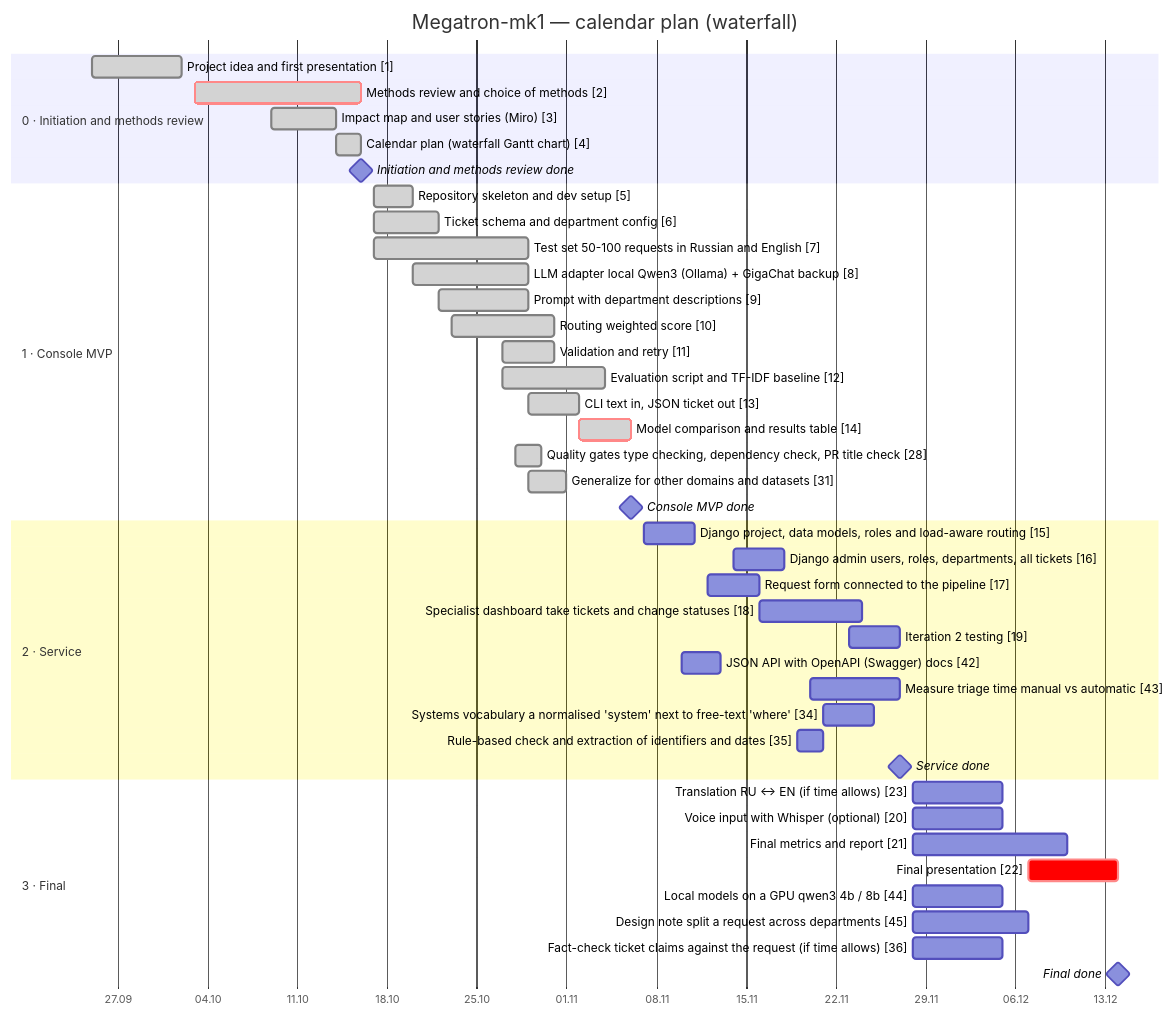
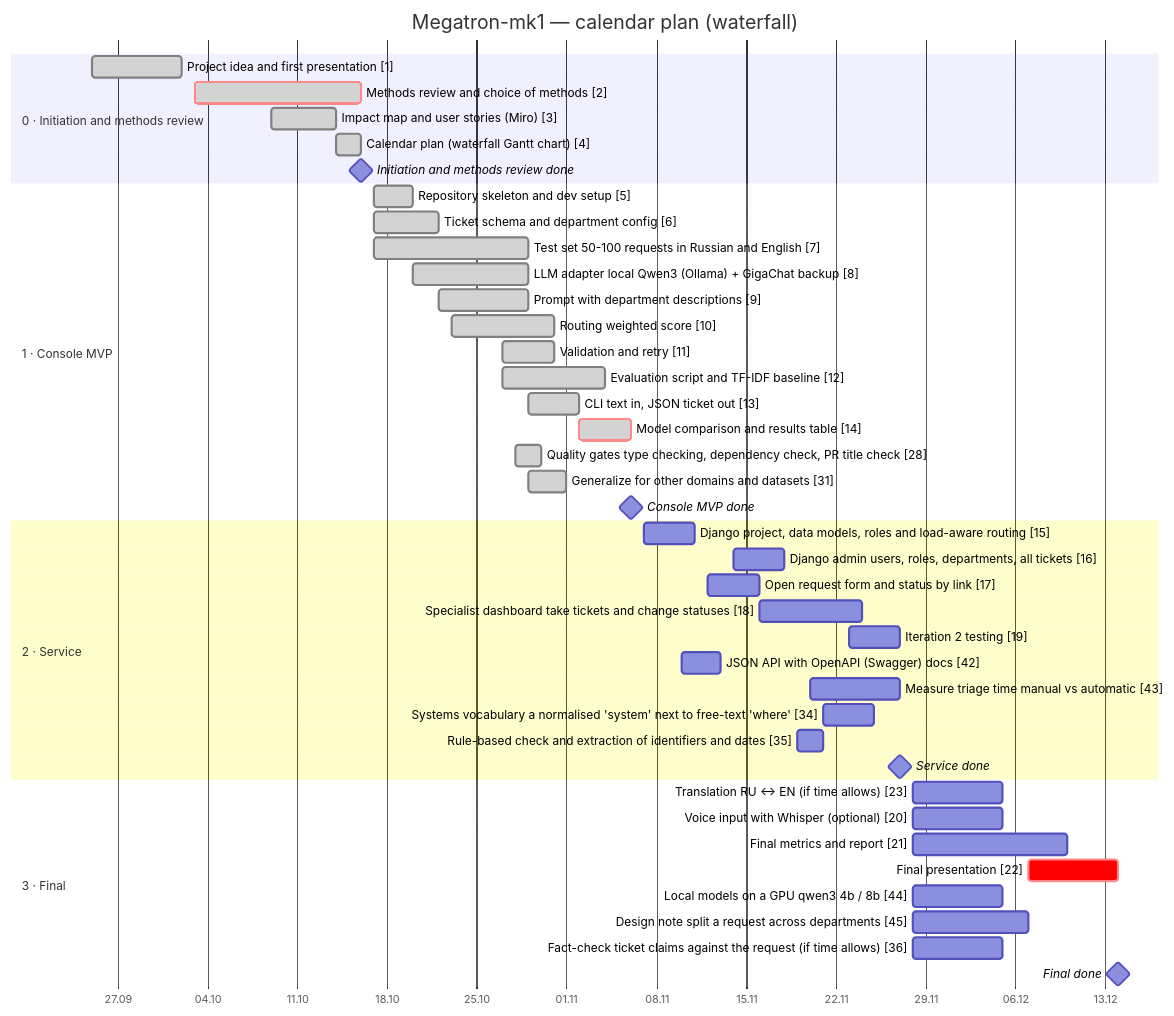
Before and after one commit to Leenday/support_megatron_mk1: the diagram in README.md, drawn with Mermaid. The commit also changed other lines of this file, not shown here.

````diff
--- a/README.md
+++ b/README.md
@@ -90,47 +90,47 @@
 ```mermaid
 gantt
     title Megatron-mk1 — calendar plan (waterfall)
     dateFormat YYYY-MM-DD
     axisFormat %d.%m
     todayMarker on
     section 0 · Initiation and methods review
     Project idea and first presentation [1] :done, t1, 2026-09-25, 2026-10-02
     Methods review and choice of methods [2] :done, crit, t2, 2026-10-03, 2026-10-16
     Impact map and user stories (Miro) [3] :done, t3, 2026-10-09, 2026-10-14
     Calendar plan (waterfall Gantt chart) [4] :done, t4, 2026-10-14, 2026-10-16
     Initiation and methods review done :milestone, m0, 2026-10-16, 0d
     section 1 · Console MVP
     Repository skeleton and dev setup [5] :done, t5, 2026-10-17, 2026-10-20
     Ticket schema and department config [6] :done, t6, 2026-10-17, 2026-10-22
     Test set 50-100 requests in Russian and English [7] :done, t7, 2026-10-17, 2026-10-29
     LLM adapter local Qwen3 (Ollama) + GigaChat backup [8] :done, t8, 2026-10-20, 2026-10-29
     Prompt with department descriptions [9] :done, t9, 2026-10-22, 2026-10-29
     Routing weighted score [10] :done, t10, 2026-10-23, 2026-10-31
     Validation and retry [11] :done, t11, 2026-10-27, 2026-10-31
     Evaluation script and TF-IDF baseline [12] :done, t12, 2026-10-27, 2026-11-04
     CLI text in, JSON ticket out [13] :done, t13, 2026-10-29, 2026-11-02
     Model comparison and results table [14] :done, crit, t14, 2026-11-02, 2026-11-06
     Quality gates type checking, dependency check, PR title check [28] :done, t28, 2026-10-28, 2026-10-30
     Generalize for other domains and datasets [31] :done, t31, 2026-10-29, 2026-11-01
     Console MVP done :milestone, m1, 2026-11-06, 0d
     section 2 · Service
     Django project, data models, roles and load-aware routing [15] :t15, 2026-11-07, 2026-11-11
     Django admin users, roles, departments, all tickets [16] :t16, 2026-11-14, 2026-11-18
-    Request form connected to the pipeline [17] :t17, 2026-11-12, 2026-11-16
+    Open request form and status by link [17] :t17, 2026-11-12, 2026-11-16
     Specialist dashboard take tickets and change statuses [18] :t18, 2026-11-16, 2026-11-24
     Iteration 2 testing [19] :t19, 2026-11-23, 2026-11-27
     JSON API with OpenAPI (Swagger) docs [42] :t42, 2026-11-10, 2026-11-13
     Measure triage time manual vs automatic [43] :t43, 2026-11-20, 2026-11-27
     Systems vocabulary a normalised 'system' next to free-text 'where' [34] :t34, 2026-11-21, 2026-11-25
     Rule-based check and extraction of identifiers and dates [35] :t35, 2026-11-19, 2026-11-21
     Service done :milestone, m2, 2026-11-27, 0d
     section 3 · Final
     Translation RU ↔ EN (if time allows) [23] :t23, 2026-11-28, 2026-12-05
     Voice input with Whisper (optional) [20] :t20, 2026-11-28, 2026-12-05
     Final metrics and report [21] :t21, 2026-11-28, 2026-12-10
     Final presentation [22] :crit, t22, 2026-12-07, 2026-12-14
     Local models on a GPU qwen3 4b / 8b [44] :t44, 2026-11-28, 2026-12-05
     Design note split a request across departments [45] :t45, 2026-11-28, 2026-12-07
     Fact-check ticket claims against the request (if time allows) [36] :t36, 2026-11-28, 2026-12-05
     Final done :milestone, m3, 2026-12-14, 0d
 ```
````
